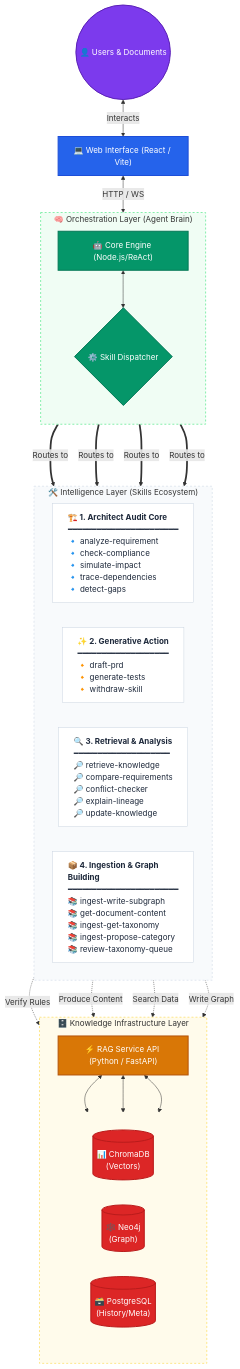
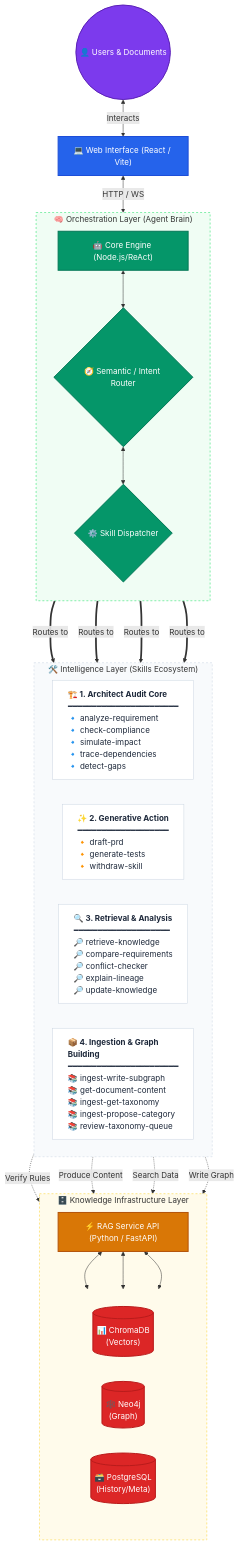
The diagram in README.md (danugot/nexis), drawn with Mermaid before and after one commit. The commit also changed 7 other files, not shown here.

````diff
--- a/README.md
+++ b/README.md
@@ -25,66 +25,68 @@
 ```mermaid
 flowchart TB
     %% Colors and Styles
     classDef client fill:#7c3aed,stroke:#5b21b6,stroke-width:2px,color:#fff
     classDef system fill:#2563eb,stroke:#1d4ed8,stroke-width:2px,color:#fff
     classDef agent fill:#059669,stroke:#047857,stroke-width:2px,color:#fff
     classDef skill fill:#ffffff,stroke:#cbd5e1,stroke-width:1px,color:#1e293b,text-align:left
     classDef backend fill:#d97706,stroke:#b45309,stroke-width:2px,color:#fff
     classDef storage fill:#dc2626,stroke:#b91c1c,stroke-width:2px,color:#fff
 
     User(("👤 Users & Documents")):::client
     UI["💻 Web Interface (React / Vite)"]:::system
 
     subgraph AgentLayer ["🧠 Orchestration Layer (Agent Brain)"]
         direction TB
         Brain["🤖 Core Engine (Node.js/ReAct)"]:::agent
+        Router{"🧭 Semantic / Intent Router"}:::agent
         Dispatcher{"⚙️ Skill Dispatcher"}:::agent
-        Brain <--> Dispatcher
+        Brain <--> Router
+        Router <--> Dispatcher
     end
 
     subgraph SkillsLayer ["🛠️ Intelligence Layer (Skills Ecosystem)"]
         direction LR
         S_Audit["<b>🏗️ 1. Architect Audit Core</b><br/>━━━━━━━━━━━━━━━━━━━━━━━<br/>🔹 analyze-requirement<br/>🔹 check-compliance<br/>🔹 simulate-impact<br/>🔹 trace-dependencies<br/>🔹 detect-gaps"]:::skill
         
         S_Gen["<b>✨ 2. Generative Action</b><br/>━━━━━━━━━━━━━━━━━━━<br/>🔸 draft-prd<br/>🔸 generate-tests<br/>🔸 withdraw-skill"]:::skill
         
         S_Anal["<b>🔍 3. Retrieval & Analysis</b><br/>━━━━━━━━━━━━━━━━━━━━<br/>🔎 retrieve-knowledge<br/>🔎 compare-requirements<br/>🔎 conflict-checker<br/>🔎 explain-lineage<br/>🔎 update-knowledge"]:::skill
         
         S_Ingest["<b>📦 4. Ingestion & Graph Building</b><br/>━━━━━━━━━━━━━━━━━━━━━━━<br/>📚 ingest-write-subgraph<br/>📚 get-document-content<br/>📚 ingest-get-taxonomy<br/>📚 ingest-propose-category<br/>📚 review-taxonomy-queue"]:::skill
     end
 
     subgraph InfraLayer ["🗄️ Knowledge Infrastructure Layer"]
         direction TB
         RAG["⚡ RAG Service API (Python / FastAPI)"]:::backend
         
         subgraph DBs [" "]
             direction LR
             VDB[("📊 ChromaDB<br/>(Vectors)")]:::storage
             GDB[("🕸️ Neo4j<br/>(Graph)")]:::storage
             RDB[("🗃️ PostgreSQL<br/>(History/Meta)")]:::storage
         end
         RAG <--> VDB
         RAG <--> GDB
         RAG <--> RDB
     end
 
     %% Flow Definitions
     User <-->|Interacts| UI
     UI <-->|HTTP / WS| Brain
     
     Dispatcher ===>|Routes to| S_Audit
     Dispatcher ===>|Routes to| S_Gen
     Dispatcher ===>|Routes to| S_Anal
     Dispatcher ===>|Routes to| S_Ingest
 
     S_Audit -.->|Verify Rules| RAG
     S_Gen -.->|Produce Content| RAG
     S_Anal -.->|Search Data| RAG
     S_Ingest -.->|Write Graph| RAG
 
     %% Custom Subgraph Styles
     style AgentLayer fill:#f0fdf4,stroke:#86efac,stroke-width:2px,stroke-dasharray: 4
     style SkillsLayer fill:#f8fafc,stroke:#e2e8f0,stroke-width:2px,stroke-dasharray: 4
     style InfraLayer fill:#fffbeb,stroke:#fde68a,stroke-width:2px,stroke-dasharray: 4
     style DBs fill:transparent,stroke:none
 ```
````
